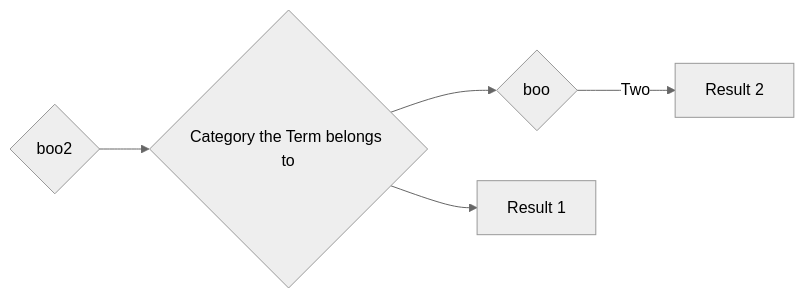
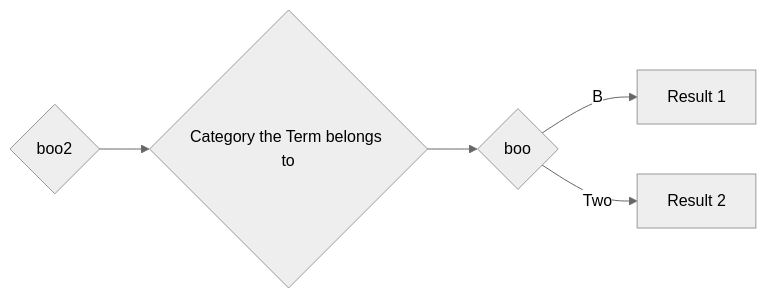
One commit to gerbssusd/dok changed the diagram in slides.md. Above: the diagram before and after it, drawn with Mermaid (neutral theme).

````diff
--- a/slides.md
+++ b/slides.md
@@ -217,12 +217,12 @@
 ```mermaid {theme: 'neutral', scale: 0.8}
 graph LR
 A[Other Items in this category] --> B{Category the Term belongs to} 
-B--> C{boo} 
+B--> C{boo}-- 
 B --> D[Result 1]
 C -->|Two| E[Result 2]
 A{boo2}
 
 
 
 
 ```
````
